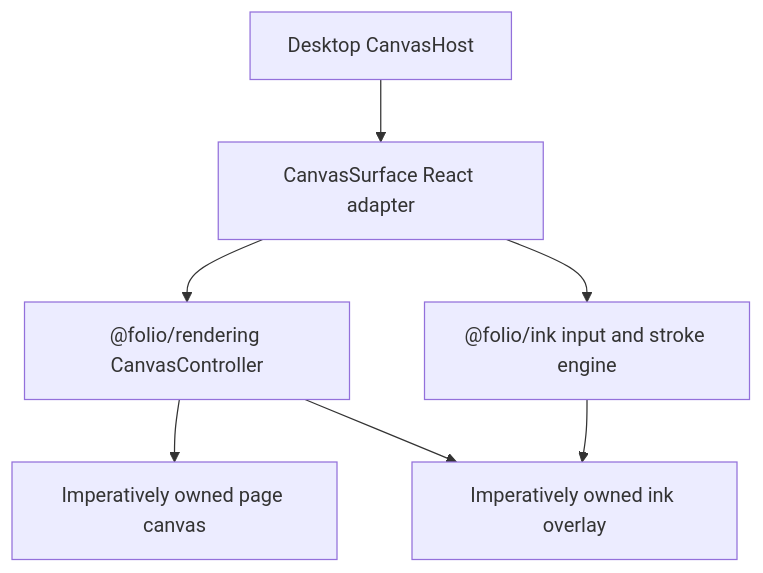
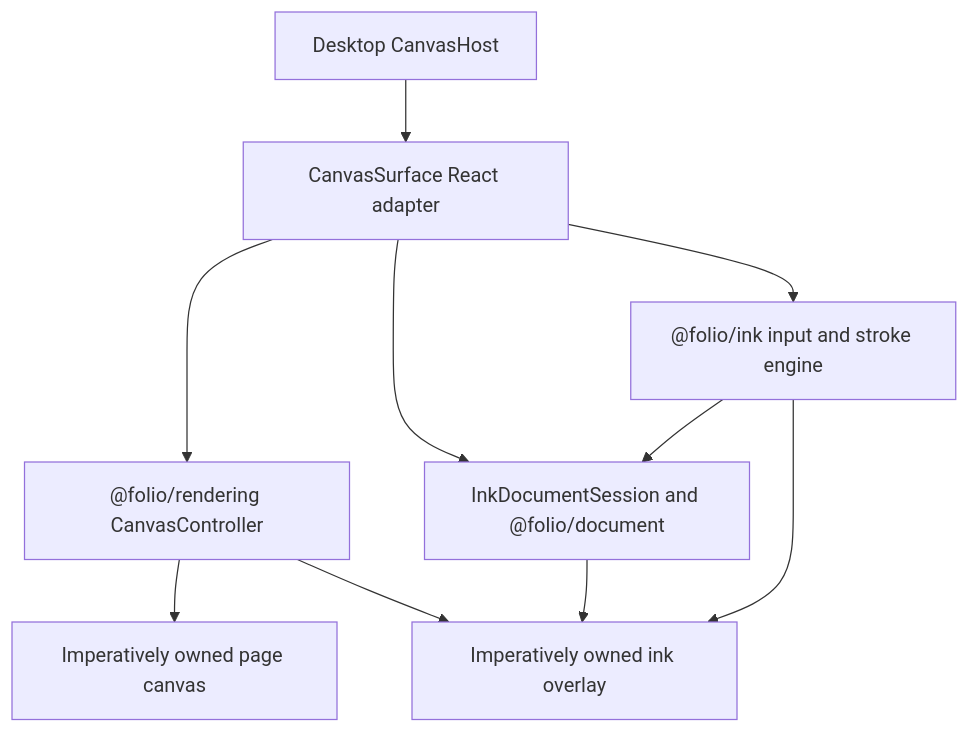
One commit to ritikpandey1981/digital-notes changed the diagram in packages/editor/README.md. Above: the diagram before and after it, drawn with Mermaid. The commit also changed other lines of this file and 25 other files, not shown here.

````diff
--- a/packages/editor/README.md
+++ b/packages/editor/README.md
@@ -7,9 +7,12 @@
 ```mermaid
 flowchart TD
     CanvasHost["Desktop CanvasHost"] --> CanvasSurface["CanvasSurface React adapter"]
     CanvasSurface --> Controller["@folio/rendering CanvasController"]
     Controller --> Page["Imperatively owned page canvas"]
     Controller --> InkCanvas["Imperatively owned ink overlay"]
     CanvasSurface --> Ink["@folio/ink input and stroke engine"]
+    CanvasSurface --> Document["InkDocumentSession and @folio/document"]
+    Ink --> Document
+    Document --> InkCanvas
     Ink --> InkCanvas
 ```
````
